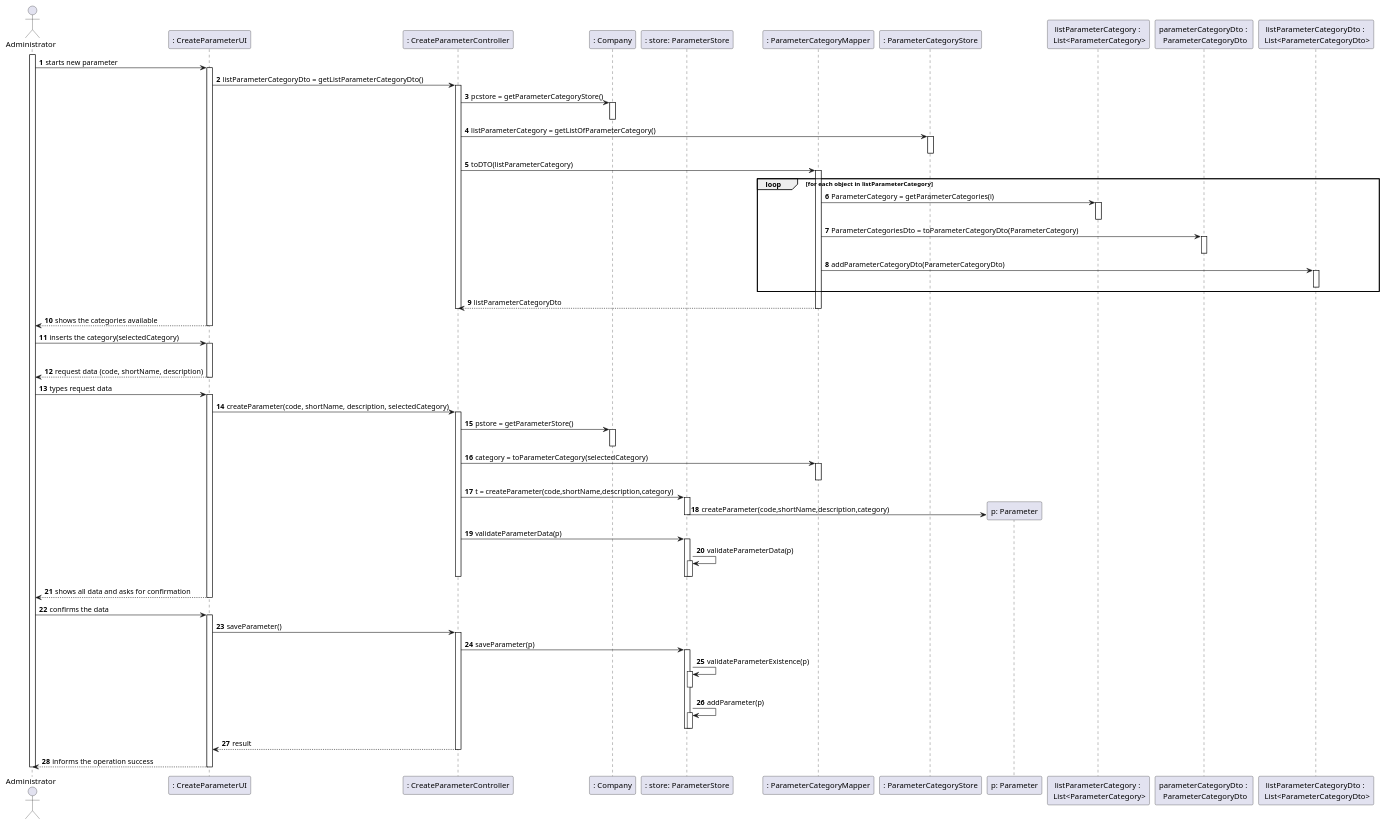
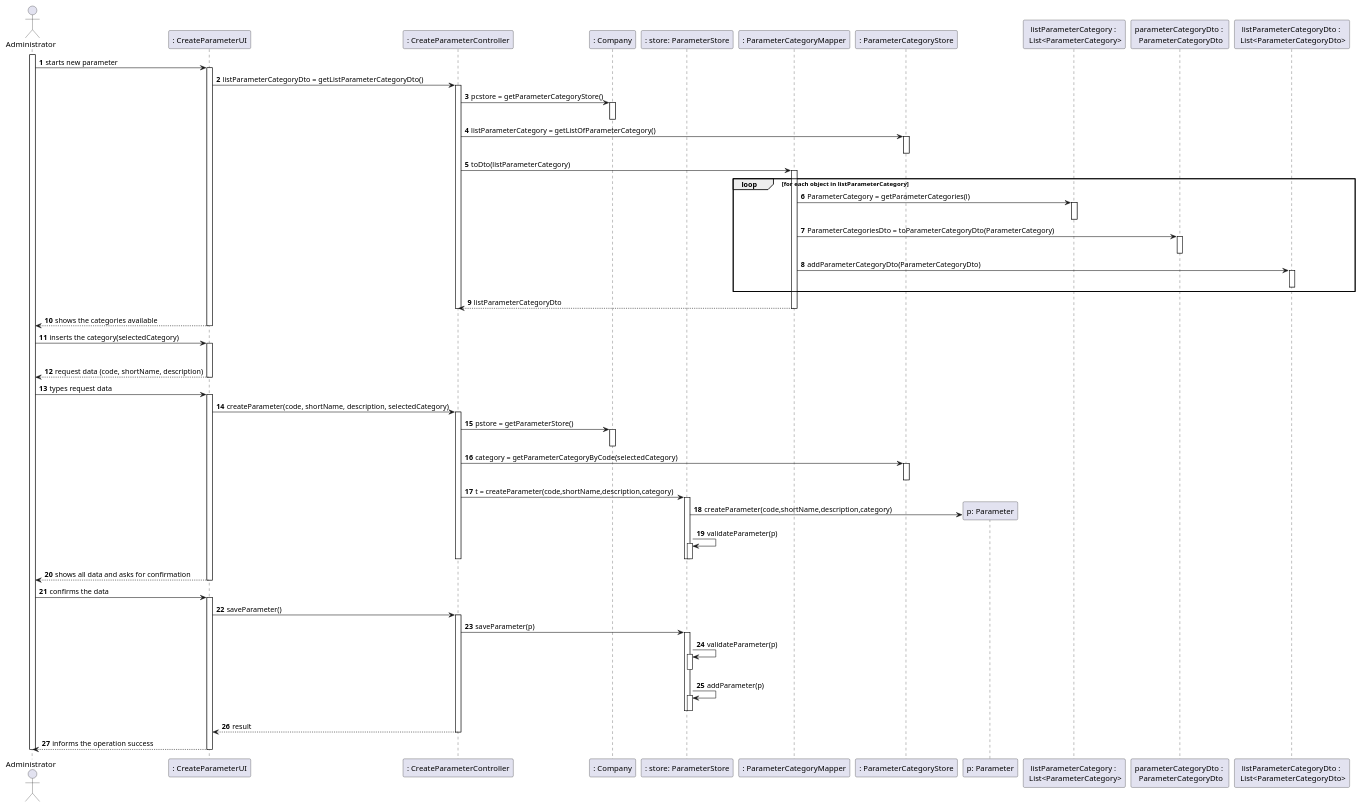
One commit to manu-07-ela/LAPR2_ISEP changed the diagram in docs/SprintB/US10/US10_SD.puml. Above: the diagram before and after it, drawn with PlantUML. The commit also changed 5 other files, not shown here.

```diff
--- a/docs/SprintB/US10/US10_SD.puml
+++ b/docs/SprintB/US10/US10_SD.puml
@@ -1,109 +1,110 @@
 @startuml
 'https://plantuml.com/sequence-diagram
 
 autonumber
 
 actor "Administrator" as ADM
 
 participant ": CreateParameterUI" as UI
 participant ": CreateParameterController" as CTRL
 participant ": Company" as COMP
 participant ": store: ParameterStore" as STORE
 participant ": ParameterCategoryMapper" as MAPPER
 participant ": ParameterCategoryStore" as PCSTORE
 participant "p: Parameter" as PRMT
 participant "listParameterCategory : \n List<ParameterCategory>" as LISTPC
 participant "parameterCategoryDto : \n ParameterCategoryDto" as PCDTO
 participant "listParameterCategoryDto : \n List<ParameterCategoryDto>" as LISTPCDTO
 
 
 
 activate ADM
 ADM -> UI: starts new parameter
 activate UI
 UI -> CTRL : listParameterCategoryDto = getListParameterCategoryDto()
 activate CTRL
 CTRL -> COMP : pcstore = getParameterCategoryStore()
 activate COMP
 deactivate COMP
 CTRL -> PCSTORE : listParameterCategory = getListOfParameterCategory()
 activate PCSTORE
 deactivate PCSTORE
-CTRL -> MAPPER : toDTO(listParameterCategory)
+CTRL -> MAPPER : toDto(listParameterCategory)
 activate MAPPER
 loop for each object in listParameterCategory
 MAPPER -> LISTPC : ParameterCategory = getParameterCategories(i)
 activate LISTPC
 deactivate LISTPC
 MAPPER-> PCDTO : ParameterCategoriesDto = toParameterCategoryDto(ParameterCategory)
 activate PCDTO
 deactivate PCDTO
 MAPPER-> LISTPCDTO : addParameterCategoryDto(ParameterCategoryDto)
 activate LISTPCDTO
 deactivate LISTPCDTO
 end
 MAPPER --> CTRL : listParameterCategoryDto
 deactivate MAPPER
 deactivate CTRL
 UI --> ADM : shows the categories available
 deactivate UI
 
 
 
 ADM -> UI: inserts the category(selectedCategory)
 activate UI
 deactivate CTRL
 UI--> ADM : request data (code, shortName, description)
 deactivate UI
 
 
 ADM -> UI : types request data
 activate UI
 UI -> CTRL : createParameter(code, shortName, description, selectedCategory)
 activate CTRL
 CTRL -> COMP : pstore = getParameterStore()
 activate COMP
 deactivate COMP
-CTRL -> MAPPER : category = toParameterCategory(selectedCategory)
-activate MAPPER
-deactivate MAPPER
+CTRL -> PCSTORE : category = getParameterCategoryByCode(selectedCategory)
+activate PCSTORE
+deactivate PCSTORE
 CTRL -> STORE : t = createParameter(code,shortName,description,category)
 activate STORE
 STORE -> PRMT** : createParameter(code,shortName,description,category)
-deactivate STORE
-CTRL -> STORE : validateParameterData(p)
-activate STORE
-STORE -> STORE : validateParameterData(p)
+STORE -> STORE : validateParameter(p)
 activate STORE
 deactivate STORE
 deactivate STORE
+
+
+
+
 
 
 deactivate CTRL
 deactivate STORE
 UI --> ADM : shows all data and asks for confirmation
 deactivate UI
 
 
 
 ADM -> UI: confirms the data
 activate UI
 UI -> CTRL : saveParameter()
 activate CTRL
 CTRL -> STORE : saveParameter(p)
 activate STORE
-STORE -> STORE : validateParameterExistence(p)
+STORE -> STORE : validateParameter(p)
 activate STORE
 deactivate STORE
 STORE ->STORE : addParameter(p)
 activate STORE
 deactivate STORE
 deactivate STORE
 deactivate STORE
 CTRL --> UI : result
 deactivate CTRL
 UI --> ADM : informs the operation success
 deactivate UI
 deactivate ADM
 
 @enduml
```
